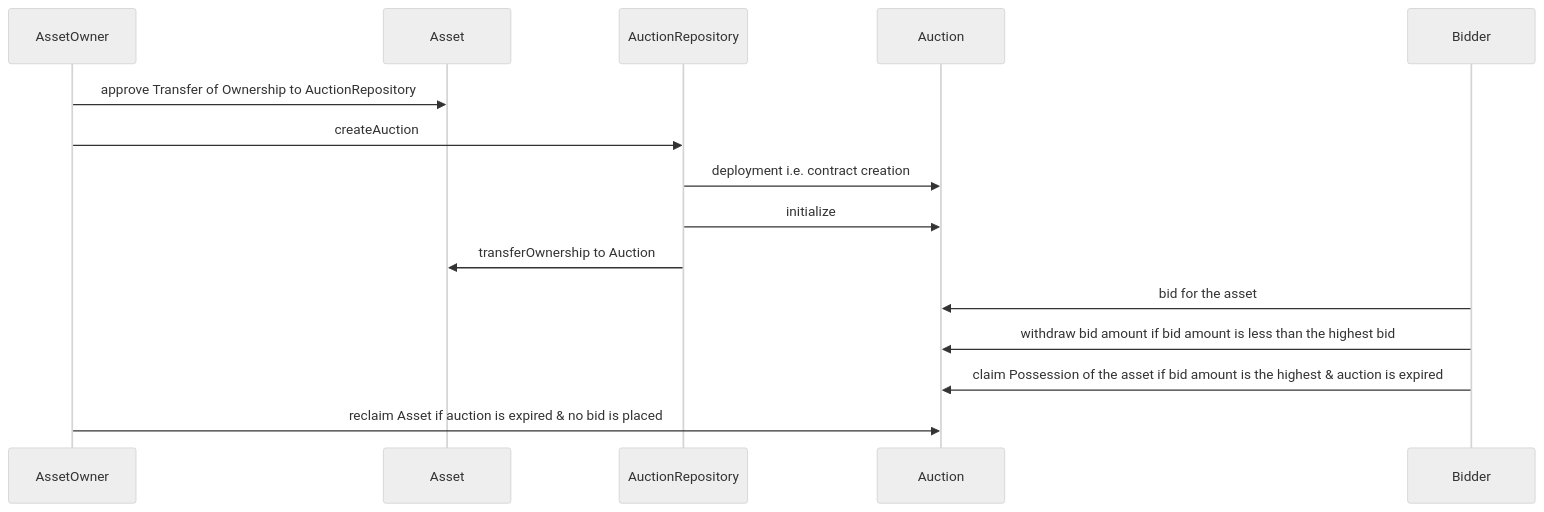
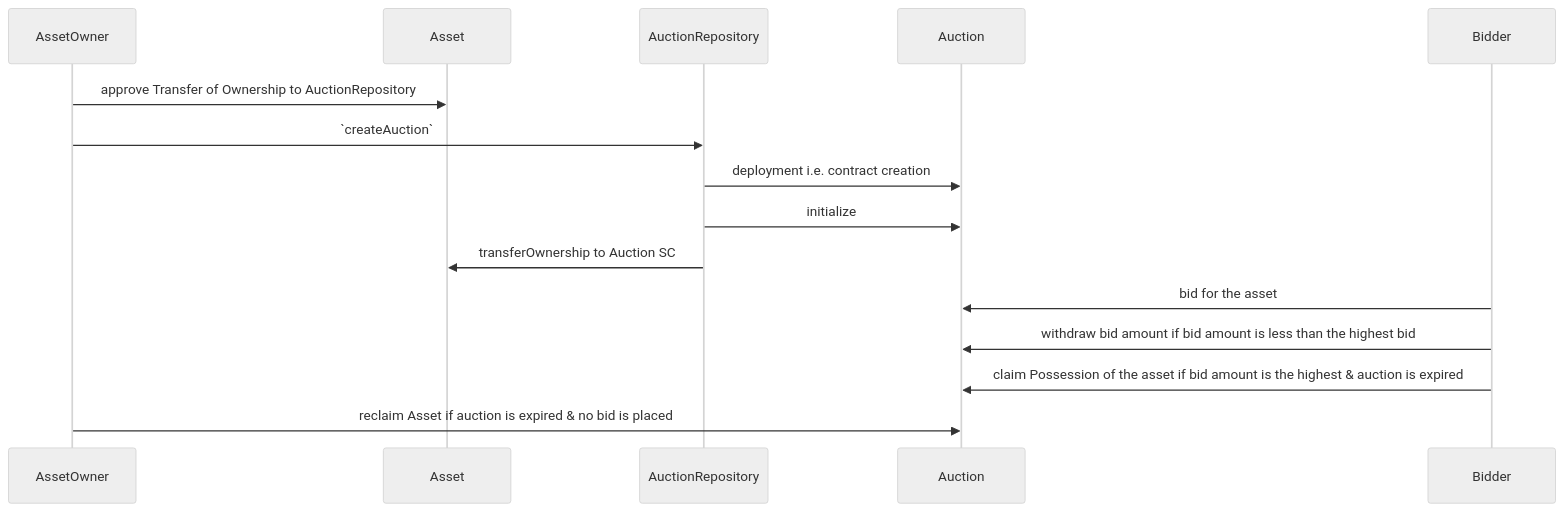
Before and after one commit to abhi3700/evm_contracts_auction: the fourth of 4 diagrams in README.md, drawn with Mermaid (neutral theme). The commit also changed other lines of this file and 6 other files, not shown here.

````diff
--- a/README.md
+++ b/README.md
@@ -47,12 +63,12 @@
 ```mermaid
 sequenceDiagram
 AssetOwner->>Asset: approve Transfer of Ownership to AuctionRepository
-AssetOwner->>AuctionRepository: createAuction
+AssetOwner->>AuctionRepository: `createAuction`
 AuctionRepository->>Auction: deployment i.e. contract creation
 AuctionRepository->>Auction: initialize
-AuctionRepository->>Asset: transferOwnership to Auction
+AuctionRepository->>Asset: transferOwnership to Auction SC
 Bidder->>Auction: bid for the asset
 Bidder->>Auction: withdraw bid amount if bid amount is less than the highest bid
 Bidder->>Auction: claim Possession of the asset if bid amount is the highest & auction is expired
 AssetOwner->>Auction: reclaim Asset if auction is expired & no bid is placed
 ```
````
